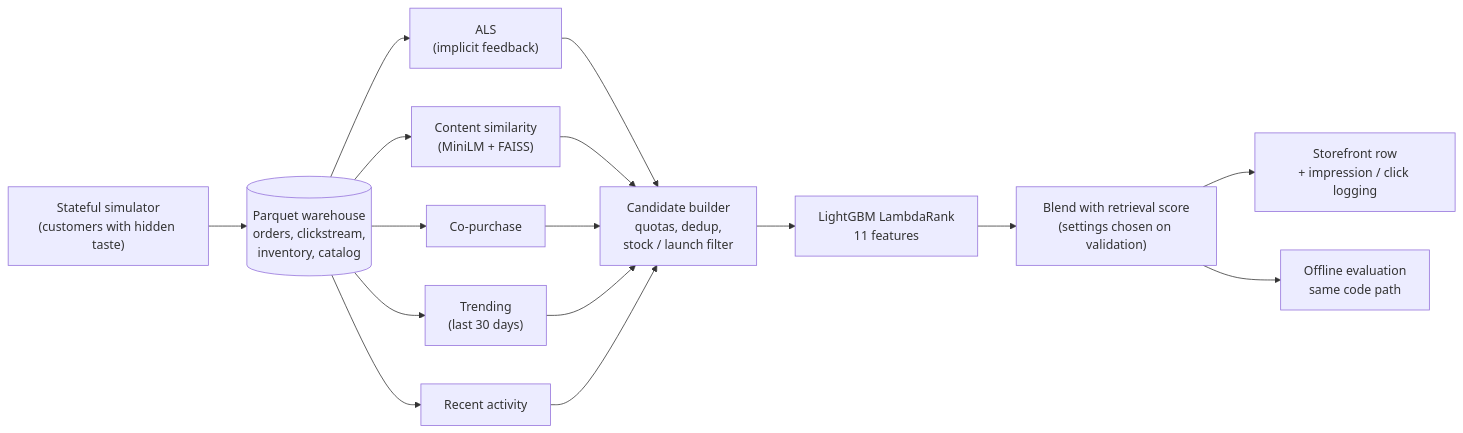
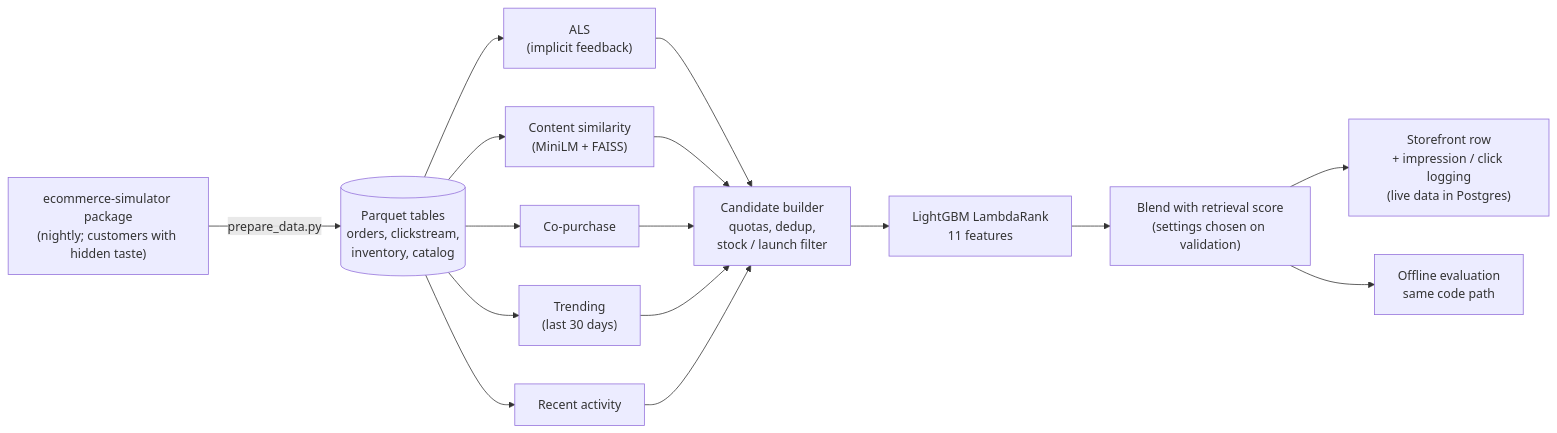
The diagram in README.md (Meetpanchal58/pantree-commerce-platform), drawn with Mermaid before and after one commit. The commit also changed other lines of this file and 80 other files, not shown here.

First line of the commit message:
Postgres live database, Reset my recommendations, and data from the ecommerce-simulator package (#14)

````diff
--- a/README.md
+++ b/README.md
@@ -45,14 +50,14 @@
 ```mermaid
 flowchart LR
-    G["Stateful simulator<br/>(customers with hidden taste)"] --> W[("Parquet warehouse<br/>orders, clickstream,<br/>inventory, catalog")]
+    G["ecommerce-simulator package<br/>(nightly; customers with hidden taste)"] -->|prepare_data.py| W[("Parquet tables<br/>orders, clickstream,<br/>inventory, catalog")]
     W --> S1["ALS<br/>(implicit feedback)"]
     W --> S2["Content similarity<br/>(MiniLM + FAISS)"]
     W --> S3["Co-purchase"]
     W --> S4["Trending<br/>(last 30 days)"]
     W --> S5["Recent activity"]
     S1 & S2 & S3 & S4 & S5 --> P["Candidate builder<br/>quotas, dedup,<br/>stock / launch filter"]
     P --> R["LightGBM LambdaRank<br/>11 features"]
     R --> B["Blend with retrieval score<br/>(settings chosen on validation)"]
-    B --> UI["Storefront row<br/>+ impression / click logging"]
+    B --> UI["Storefront row<br/>+ impression / click logging<br/>(live data in Postgres)"]
     B --> E["Offline evaluation<br/>same code path"]
 ```
````
